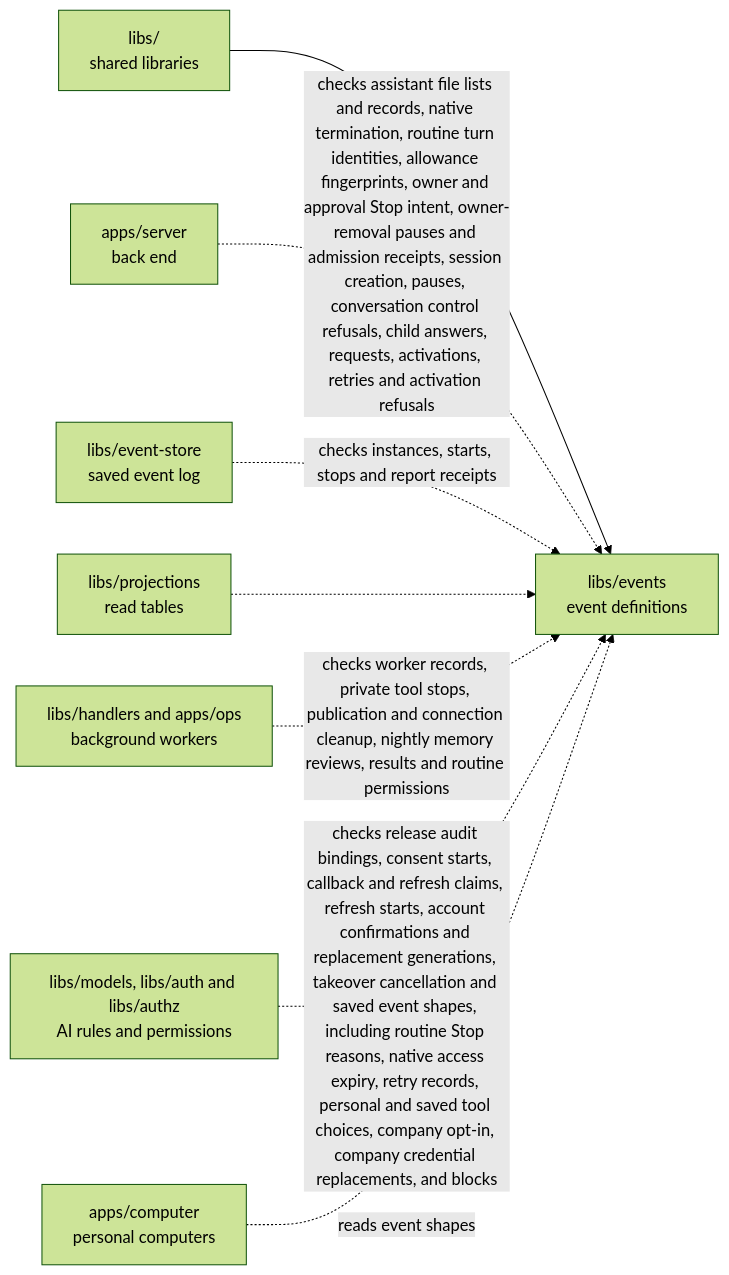
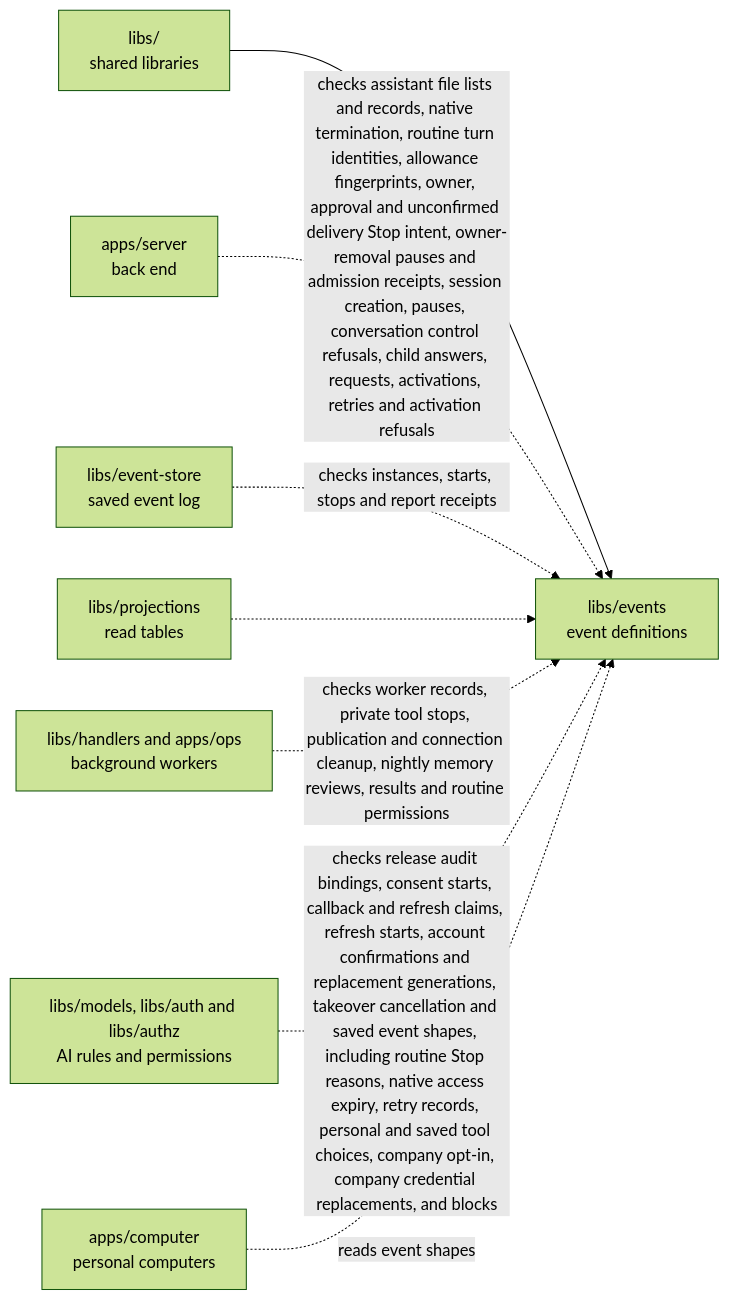
Before and after one commit to elewa-git/opencrane-new: the diagram in libs/events/README.md, drawn with Mermaid (forest theme). The commit also changed other lines of this file and 18 other files, not shown here.

Commit message:
🛑 Record unconfirmed routine starts as Stop intent

````diff
--- a/libs/events/README.md
+++ b/libs/events/README.md
@@ -46,10 +48,10 @@
 ```mermaid
 flowchart LR
   parent["libs/<br/>shared libraries"] --> events["libs/events<br/>event definitions"]
-  server["apps/server<br/>back end"] -.->|checks assistant file lists and records, native termination, routine turn identities, allowance fingerprints, owner and approval Stop intent, owner-removal pauses and admission receipts, session creation, pauses, conversation control refusals, child answers, requests, activations, retries and activation refusals| events
+  server["apps/server<br/>back end"] -.->|checks assistant file lists and records, native termination, routine turn identities, allowance fingerprints, owner, approval and unconfirmed delivery Stop intent, owner-removal pauses and admission receipts, session creation, pauses, conversation control refusals, child answers, requests, activations, retries and activation refusals| events
   store["libs/event-store<br/>saved event log"] -.->|checks instances, starts, stops and report receipts| events
   projections["libs/projections<br/>read tables"] -.-> events
   workers["libs/handlers and apps/ops<br/>background workers"] -.->|checks worker records, private tool stops, publication and connection cleanup, nightly memory reviews, results and routine permissions| events
   models["libs/models, libs/auth and libs/authz<br/>AI rules and permissions"] -.->|checks release audit bindings, consent starts, callback and refresh claims, refresh starts, account confirmations and replacement generations, takeover cancellation and saved event shapes, including routine Stop reasons, native access expiry, retry records, personal and saved tool choices, company opt-in, company credential replacements, and blocks| events
   computer["apps/computer<br/>personal computers"] -.->|reads event shapes| events
 ```
````
